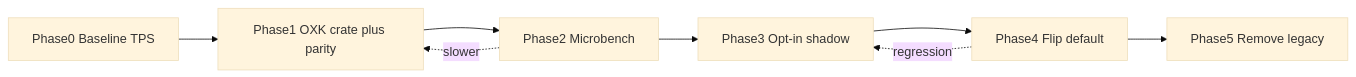
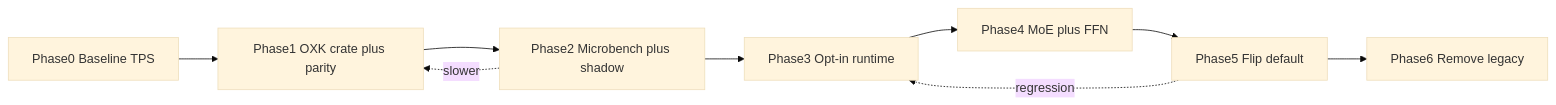
One commit to Zapdev-labs/oxidize changed the diagram in .cursor/plans/xeon-oxk-kernels.md. Above: the diagram before and after it, drawn with Mermaid (base theme). The commit also changed 18 other files, not shown here.

````diff
--- a/.cursor/plans/xeon-oxk-kernels.md
+++ b/.cursor/plans/xeon-oxk-kernels.md
@@ -42,12 +42,13 @@
 ```mermaid
 flowchart LR
   P0[Phase0 Baseline TPS]
   P1[Phase1 OXK crate plus parity]
-  P2[Phase2 Microbench]
-  P3[Phase3 Opt-in shadow]
-  P4[Phase4 Flip default]
-  P5[Phase5 Remove legacy]
-  P0 --> P1 --> P2 --> P3 --> P4 --> P5
+  P2[Phase2 Microbench plus shadow]
+  P3[Phase3 Opt-in runtime]
+  P4[Phase4 MoE plus FFN]
+  P5[Phase5 Flip default]
+  P6[Phase6 Remove legacy]
+  P0 --> P1 --> P2 --> P3 --> P4 --> P5 --> P6
   P2 -.->|slower| P1
-  P4 -.->|regression| P3
+  P5 -.->|regression| P3
 ```
````
